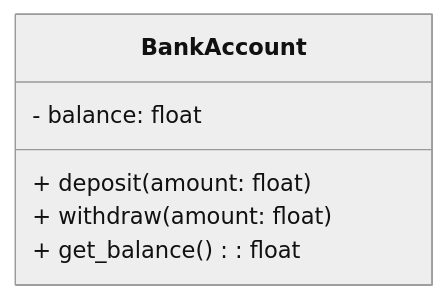
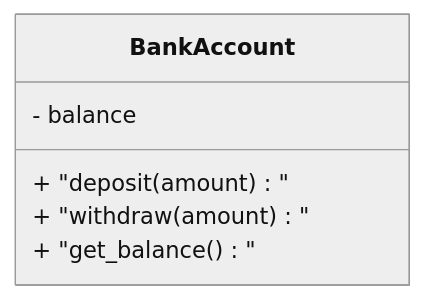
Before and after one commit to 42jerrykim/42jerrykim.github.io: the second of 15 diagrams in content/post/2024/2024-11-08-python-oop/index.md, drawn with Mermaid (neutral theme). The commit also changed other lines of this file and 239 other files, not shown here.

````diff
--- a/content/post/2024/2024-11-08-python-oop/index.md
+++ b/content/post/2024/2024-11-08-python-oop/index.md
@@ -235,9 +281,9 @@
 ```mermaid
 classDiagram
     class BankAccount {
-        - balance: float
-        + deposit(amount: float)
-        + withdraw(amount: float)
-        + get_balance(): float
+        - balance
+        + "deposit(amount)"
+        + "withdraw(amount)"
+        + "get_balance()"
     }
 ```
````
